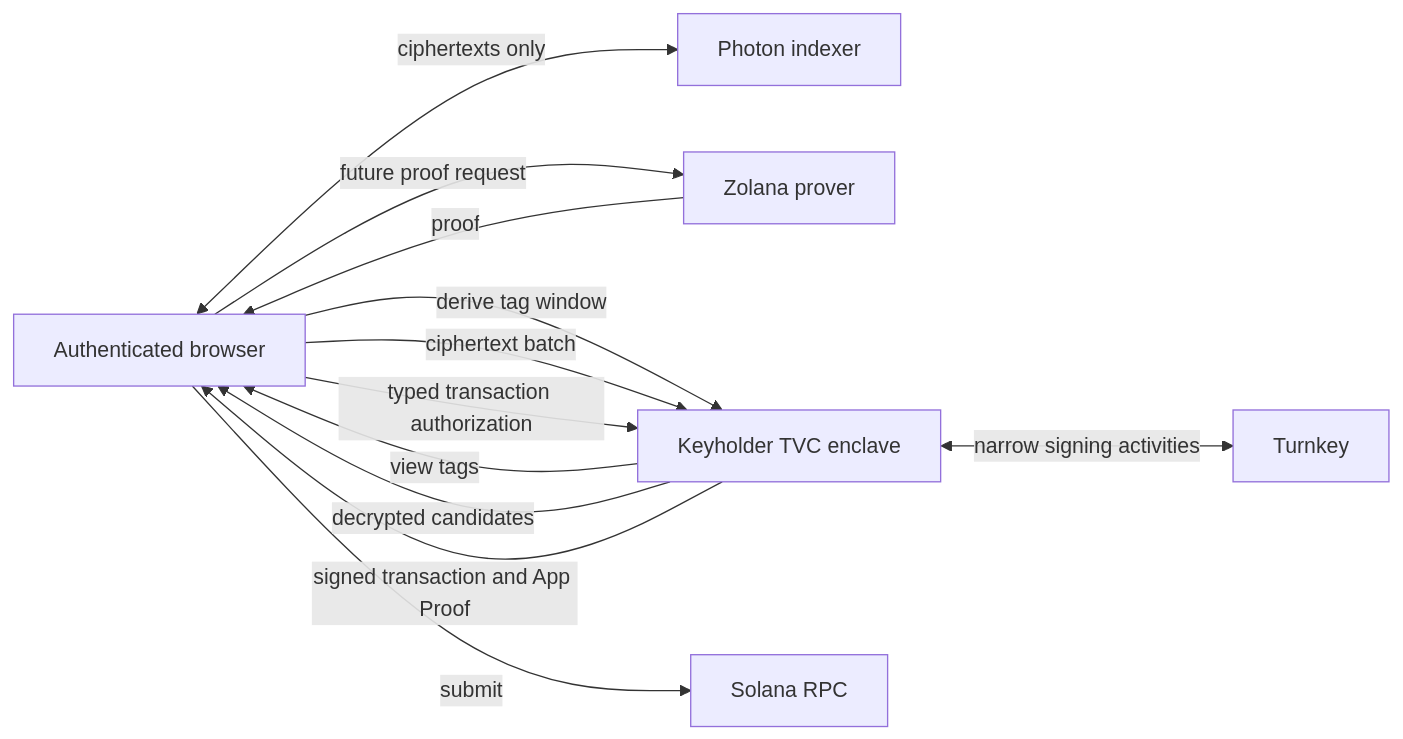
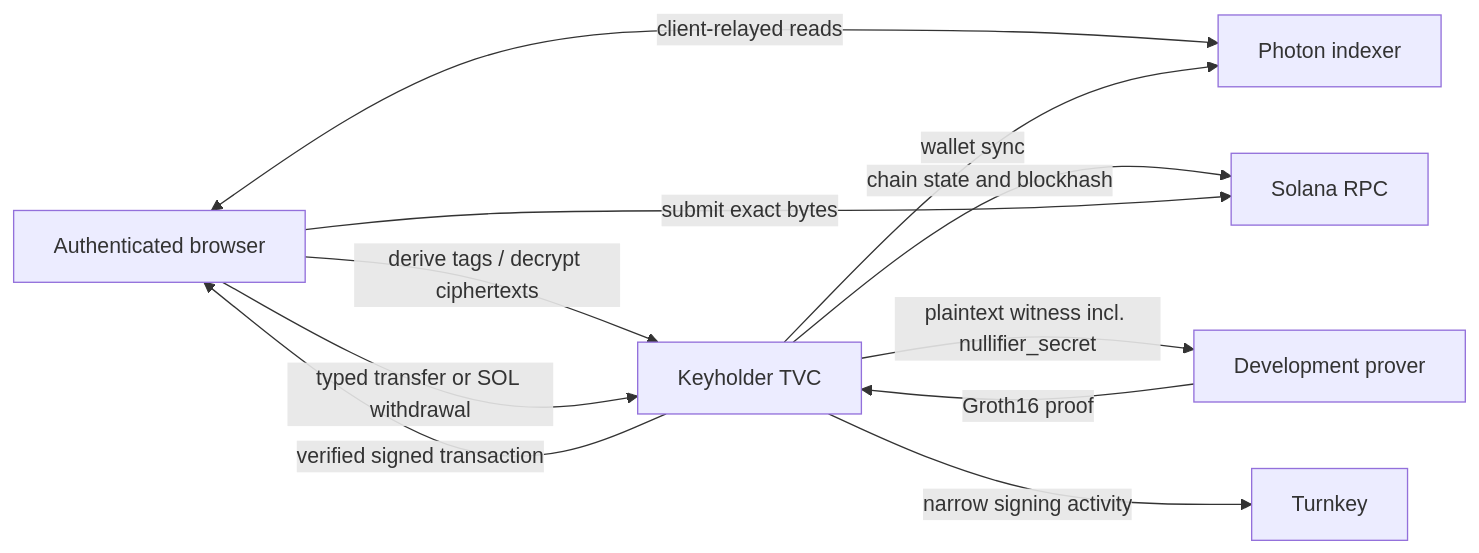
The diagram in apps/keyholder-wallet/ARCHITECTURE.md (helius-labs/zolana-tvc), drawn with Mermaid before and after one commit. The commit also changed other lines of this file and 45 other files, not shown here.

Commit message:
feat: complete TVC wallet profiles

````diff
--- a/apps/keyholder-wallet/ARCHITECTURE.md
+++ b/apps/keyholder-wallet/ARCHITECTURE.md
@@ -20,21 +17,20 @@
 ```mermaid
 flowchart LR
     B[Authenticated browser]
     I[Photon indexer]
-    P[Zolana prover]
-    T[Keyholder TVC enclave]
+    P[Development prover]
+    T[Keyholder TVC]
     K[Turnkey]
     S[Solana RPC]
 
-    B -->|derive tag window| T
-    T -->|view tags| B
-    B <-->|ciphertexts only| I
-    B -->|ciphertext batch| T
-    T -->|decrypted candidates| B
-    B -->|future proof request| P
-    P -->|proof| B
-    B -->|typed transaction authorization| T
-    T <-->|narrow signing activities| K
-    T -->|signed transaction and App Proof| B
-    B -->|submit| S
+    B -->|derive tags / decrypt ciphertexts| T
+    B <-->|client-relayed reads| I
+    B -->|typed transfer or SOL withdrawal| T
+    T -->|wallet sync| I
+    T -->|chain state and blockhash| S
+    T -->|plaintext witness incl. nullifier_secret| P
+    P -->|Groth16 proof| T
+    T -->|narrow signing activity| K
+    T -->|verified signed transaction| B
+    B -->|submit exact bytes| S
 ```
````
